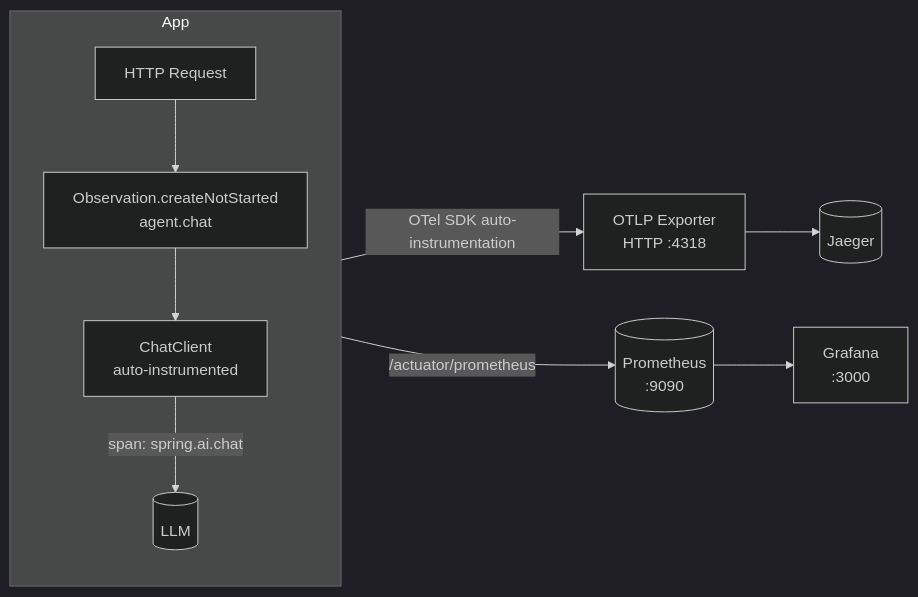
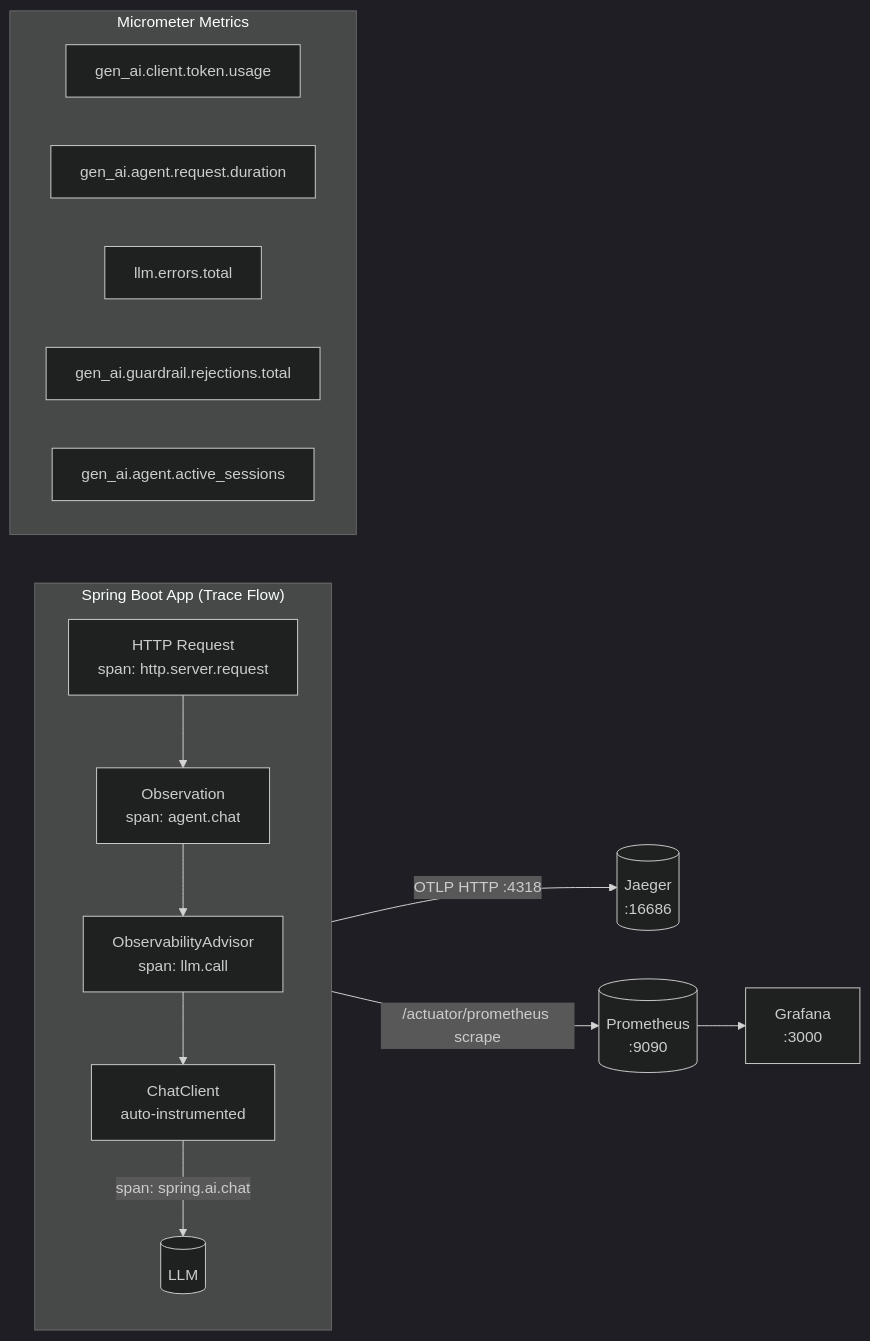
The diagram in 08-observability/README.md (kimhongzhang323/spring-ai-agents-tutorial), drawn with Mermaid (dark theme) before and after one commit. The commit also changed other lines of this file and 13 other files, not shown here.

First line of the commit message:
Add observability features and metrics dashboard for LLM interactions

````diff
--- a/08-observability/README.md
+++ b/08-observability/README.md
@@ -14,13 +15,23 @@
 ```mermaid
 flowchart LR
-    App[Spring Boot App] -->|OTel SDK auto-instrumentation| OTLP[OTLP Exporter\nHTTP :4318]
-    OTLP --> J[(Jaeger)]
-    App -->|/actuator/prometheus| P[(Prometheus\n:9090)]
+    App[Spring Boot App] -->|OTLP HTTP :4318| J[(Jaeger\n:16686)]
+    App -->|/actuator/prometheus scrape| P[(Prometheus\n:9090)]
     P --> G[Grafana\n:3000]
 
-    subgraph App
-        H[HTTP Request] --> O[Observation.createNotStarted\nagent.chat]
-        O --> CC[ChatClient\nauto-instrumented]
+    subgraph App["Spring Boot App (Trace Flow)"]
+        direction TB
+        H[HTTP Request\nspan: http.server.request] --> O[Observation\nspan: agent.chat]
+        O --> ADV[ObservabilityAdvisor\nspan: llm.call]
+        ADV --> CC[ChatClient\nauto-instrumented]
         CC -->|span: spring.ai.chat| LLM[(LLM)]
     end
+
+    subgraph Metrics["Micrometer Metrics"]
+        direction LR
+        M1[gen_ai.client.token.usage] 
+        M2[gen_ai.agent.request.duration]
+        M3[llm.errors.total]
+        M4[gen_ai.guardrail.rejections.total]
+        M5[gen_ai.agent.active_sessions]
+    end
 ```
````
